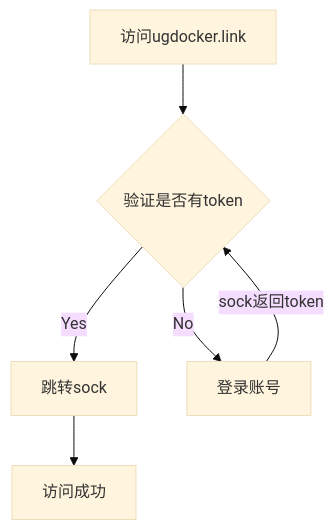
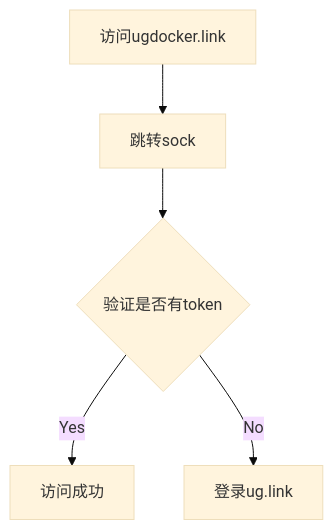
The first of 2 diagrams in README.md (9jianxian/ug.link-nosigin-access-docker.app), drawn with Mermaid (base theme) before and after one commit.

````diff
--- a/README.md
+++ b/README.md
@@ -15,8 +15,7 @@
 ```mermaid
 graph TD
-    A[访问ugdocker.link] --> B{验证是否有token}
-    B -- Yes --> C[跳转sock]
-    B -- No --> D[登录账号]
-    D -- "sock返回token" --> B
-	C --> E[访问成功]
+    A[访问ugdocker.link] --> B[跳转sock]
+    B --> C{验证是否有token}
+    C -- Yes --> D[访问成功]
+    C -- No --> E[登录ug.link]
 ```
````
